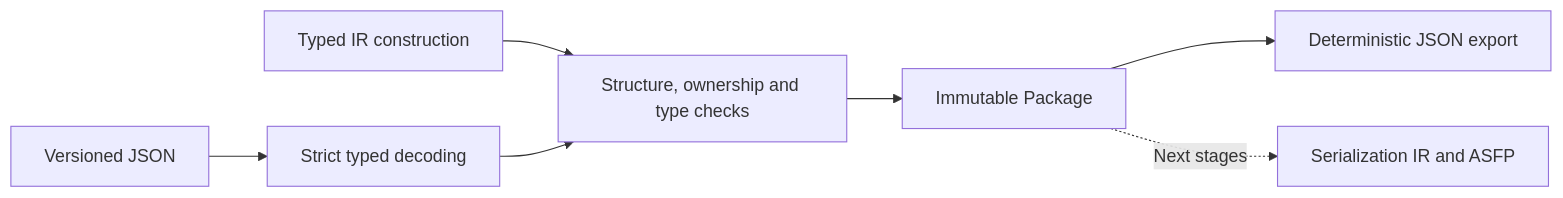
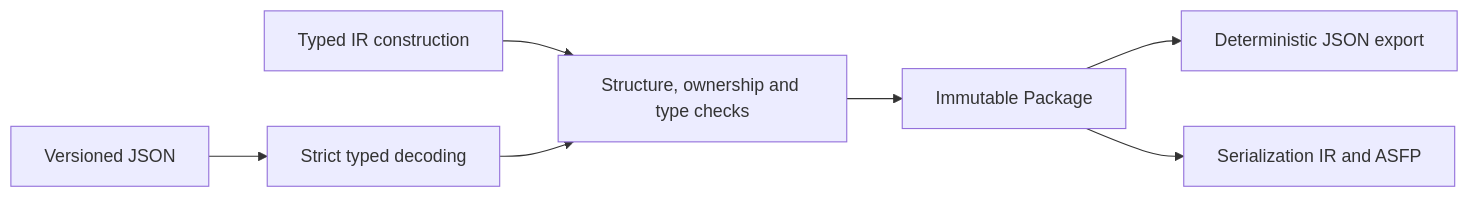
One commit to TsumiNa/sciloom changed the diagram in docs/11_SEMANTIC_IR.md. Above: the diagram before and after it, drawn with Mermaid. The commit also changed other lines of this file and 16 other files, not shown here.

````diff
--- a/docs/11_SEMANTIC_IR.md
+++ b/docs/11_SEMANTIC_IR.md
@@ -10,7 +10,7 @@
 ```mermaid
 flowchart LR
     Typed["Typed IR construction"] --> Validate["Structure, ownership and type checks"]
     JSON["Versioned JSON"] --> Decode["Strict typed decoding"] --> Validate
     Validate --> IR["Immutable Package"] --> Encode["Deterministic JSON export"]
-    IR -. "Next stages" .-> Backend["Serialization IR and ASFP"]
+    IR --> Backend["Serialization IR and ASFP"]
 ```
````
